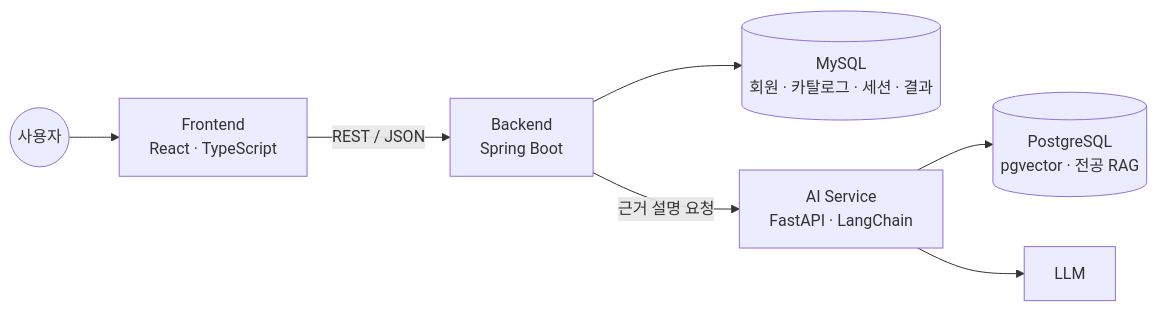
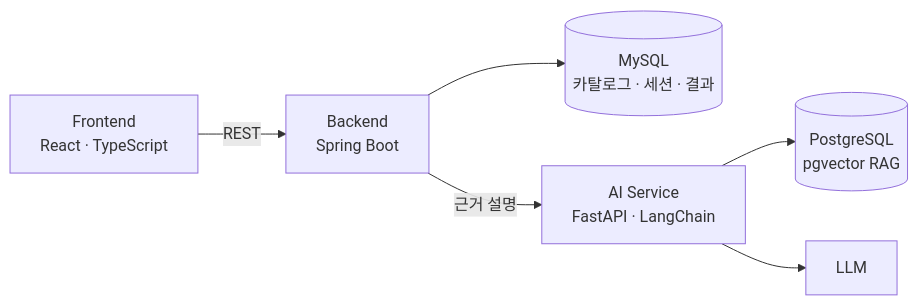
Before and after one commit to JinroOn/.github: the second of 2 diagrams in profile/README.md, drawn with Mermaid. The commit also changed other lines of this file, not shown here.

Commit message:
docs: 조직 프로필 배너 색과 다이어그램 폭 조정

````diff
--- a/profile/README.md
+++ b/profile/README.md
@@ -106,9 +103,8 @@
 ```mermaid
 flowchart LR
-    U(("사용자")) --> FE["Frontend<br/>React · TypeScript"]
-    FE -- "REST / JSON" --> BE["Backend<br/>Spring Boot"]
-    BE --> DB[("MySQL<br/>회원 · 카탈로그 · 세션 · 결과")]
-    BE -- "근거 설명 요청" --> AI["AI Service<br/>FastAPI · LangChain"]
-    AI --> VDB[("PostgreSQL<br/>pgvector · 전공 RAG")]
+    FE["Frontend<br/>React · TypeScript"] -- "REST" --> BE["Backend<br/>Spring Boot"]
+    BE --> DB[("MySQL<br/>카탈로그 · 세션 · 결과")]
+    BE -- "근거 설명" --> AI["AI Service<br/>FastAPI · LangChain"]
+    AI --> VDB[("PostgreSQL<br/>pgvector RAG")]
     AI --> LLM["LLM"]
 ```
````
